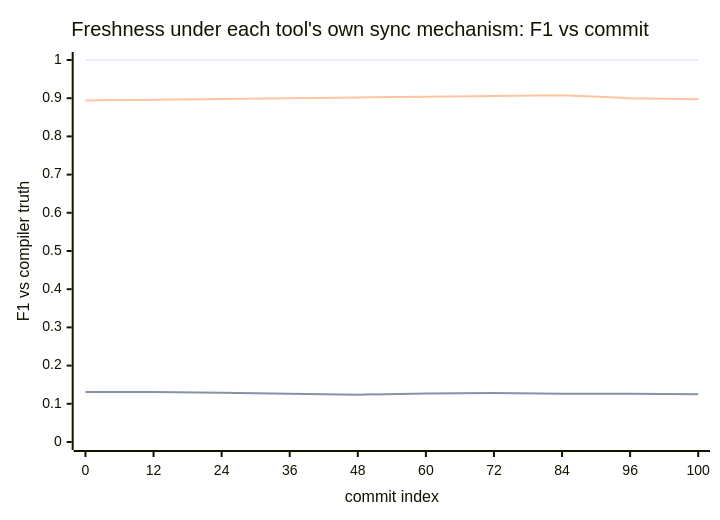
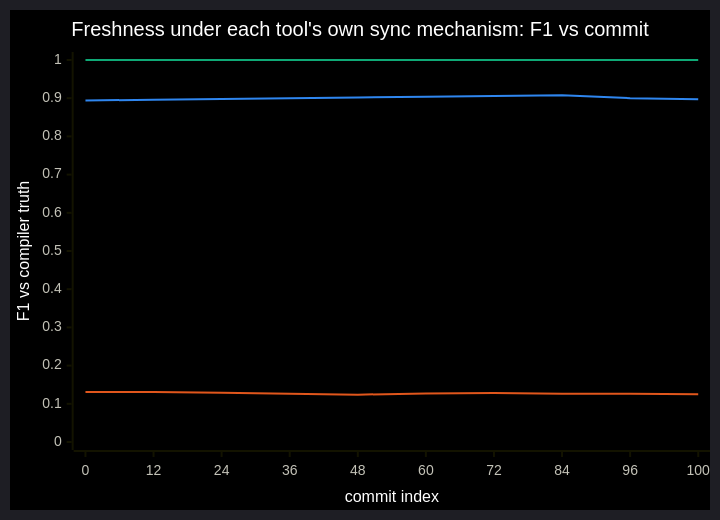
One commit to sns45/greplost changed the first of 7 diagrams in README.md. Above: the diagram before and after it, drawn with Mermaid. The commit also changed other lines of this file and 31 other files, not shown here.

Commit message:
feat(bench): charts in the Artificial Analysis style on an AMOLED surface

````diff
--- a/README.md
+++ b/README.md
@@ -178,11 +190,13 @@
 ```mermaid
+%%{init: {"theme": "dark", "themeVariables": {"xyChart": {"backgroundColor": "#000000", "titleColor": "#ffffff", "xAxisLabelColor": "#c3c2b7", "yAxisLabelColor": "#c3c2b7", "xAxisTitleColor": "#ffffff", "yAxisTitleColor": "#ffffff", "plotColorPalette": "#0fa976,#e0561c,#2f86ef"}}}}%%
 xychart-beta
     title "Freshness under each tool's own sync mechanism: F1 vs commit"
     x-axis "commit index" ["0", "12", "24", "36", "48", "60", "72", "84", "96", "100"]
     y-axis "F1 vs compiler truth" 0 --> 1
     line [1, 1, 1, 1, 1, 1, 1, 1, 1, 1]
     line [0.131, 0.131, 0.129, 0.126, 0.124, 0.127, 0.128, 0.126, 0.126, 0.125]
     line [0.894, 0.896, 0.898, 0.9, 0.902, 0.904, 0.906, 0.908, 0.9, 0.897]
     %% series, in order: greplost, graphify, crg
+    %% Arm: documented-sync; corpus hono, tier M (248 files); 100 replayed commits; the walk is synthetic (one added import line per commit). Read the fall of a line, not its height.
     %% Arm: documented-sync — each tool's sync mechanism was installed exactly as its README describes and then left alone; the harness only commits, except that crg's `visualize --format json` export is run at each scoring checkpoint because nothing else writes the JSON its artifact is read from (it is outside every timing and does not rebuild). This is the arm tech spec 10.0 X2 words. Read the FALL of each line, not its height: the height is that tool's import coverage (X1's subject) and only the fall is staleness. At commit 0 the freshly built artifacts scored greplost 1.000, graphify 0.131, crg 0.894; over the walk their decay (F1 at commit 0 minus F1 at the last commit) was greplost 0.000, graphify +0.005, crg -0.003, a negative decay being ground gained. The distance between the lines is mostly that starting difference, which is coverage and belongs to X1; the staleness X2 measures is the movement. Omitted (not run here): ua. Measured on corpus hono, tier M (248 files); 100 replayed commits. The walk is synthetic: each commit appends exactly one resolvable import line to one file, so truth moves by exactly one edge per commit, and the walk contains no deletions, no renames and no new files.
 ```
````
